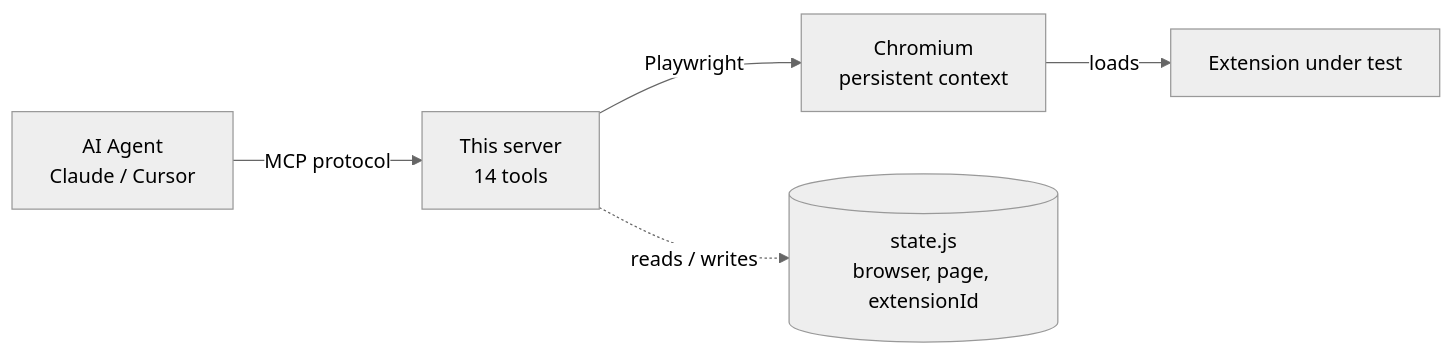
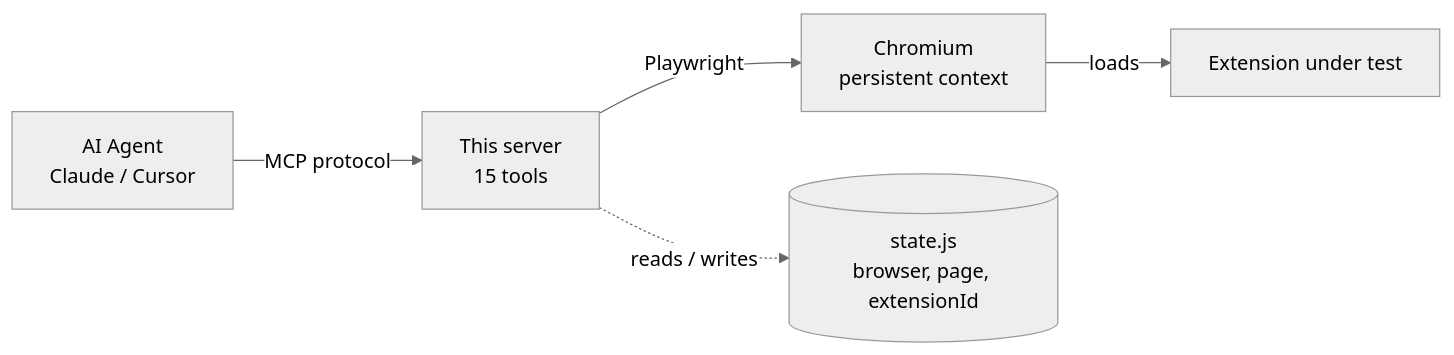
The diagram in README.md (BHUVAN-RJ/chrome-extension-testing-mcp), drawn with Mermaid (neutral theme) before and after one commit. The commit also changed other lines of this file and 3 other files, not shown here.

````diff
--- a/README.md
+++ b/README.md
@@ -33,7 +33,7 @@
 ```mermaid
 graph LR
-    A[AI Agent<br/>Claude / Cursor] -->|MCP protocol| B[This server<br/>14 tools]
+    A[AI Agent<br/>Claude / Cursor] -->|MCP protocol| B[This server<br/>15 tools]
     B -->|Playwright| C[Chromium<br/>persistent context]
     C -->|loads| D[Extension under test]
     B -.->|reads / writes| E[(state.js<br/>browser, page, extensionId)]
 ```
````
